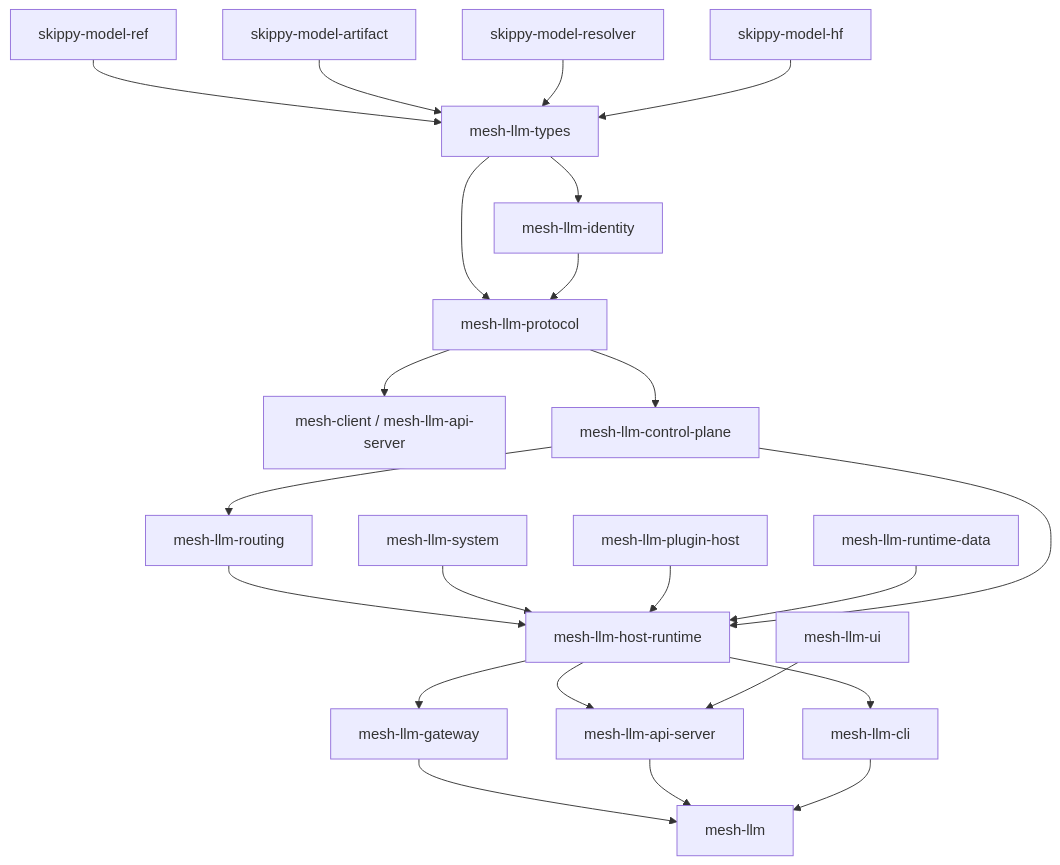
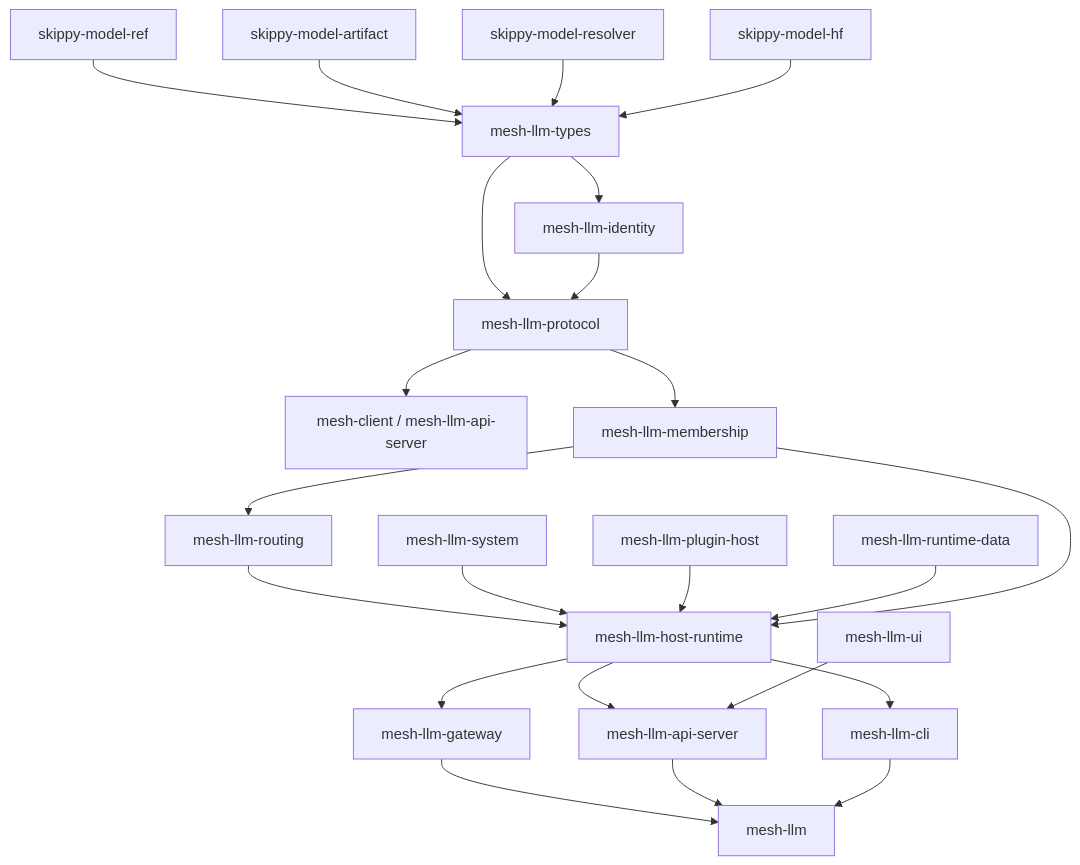
One commit to 76287298092/mesh-llm changed the second of 2 diagrams in docs/design/CRATE_DECOMPOSITION.md. Above: the diagram before and after it, drawn with Mermaid. The commit also changed other lines of this file and 65 other files, not shown here.

Commit message:
refactor(mesh): integrate membership extraction and downstream failure telemetry

````diff
--- a/docs/design/CRATE_DECOMPOSITION.md
+++ b/docs/design/CRATE_DECOMPOSITION.md
@@ -77,49 +93,49 @@
 ```mermaid
 flowchart TD
     model_ref["skippy-model-ref"]
     model_artifact["skippy-model-artifact"]
     model_resolver["skippy-model-resolver"]
     model_hf["skippy-model-hf"]
 
     types["mesh-llm-types"]
     identity["mesh-llm-identity"]
     protocol["mesh-llm-protocol"]
     client["mesh-client / mesh-llm-api-server"]
-    control_plane["mesh-llm-control-plane"]
+    control_plane["mesh-llm-membership"]
     routing["mesh-llm-routing"]
     system["mesh-llm-system"]
     plugins["mesh-llm-plugin-host"]
     runtime_data["mesh-llm-runtime-data"]
     host_runtime["mesh-llm-host-runtime"]
     gateway["mesh-llm-gateway"]
     api_server["mesh-llm-api-server"]
     ui["mesh-llm-ui"]
     cli["mesh-llm-cli"]
     app["mesh-llm"]
 
     model_ref --> types
     model_artifact --> types
     model_resolver --> types
     model_hf --> types
 
     types --> identity
     types --> protocol
     identity --> protocol
     protocol --> client
     protocol --> control_plane
 
     control_plane --> routing
     routing --> host_runtime
     system --> host_runtime
     plugins --> host_runtime
     runtime_data --> host_runtime
     control_plane --> host_runtime
 
     host_runtime --> gateway
     host_runtime --> api_server
     ui --> api_server
     host_runtime --> cli
     gateway --> app
     api_server --> app
     cli --> app
 ```
````
